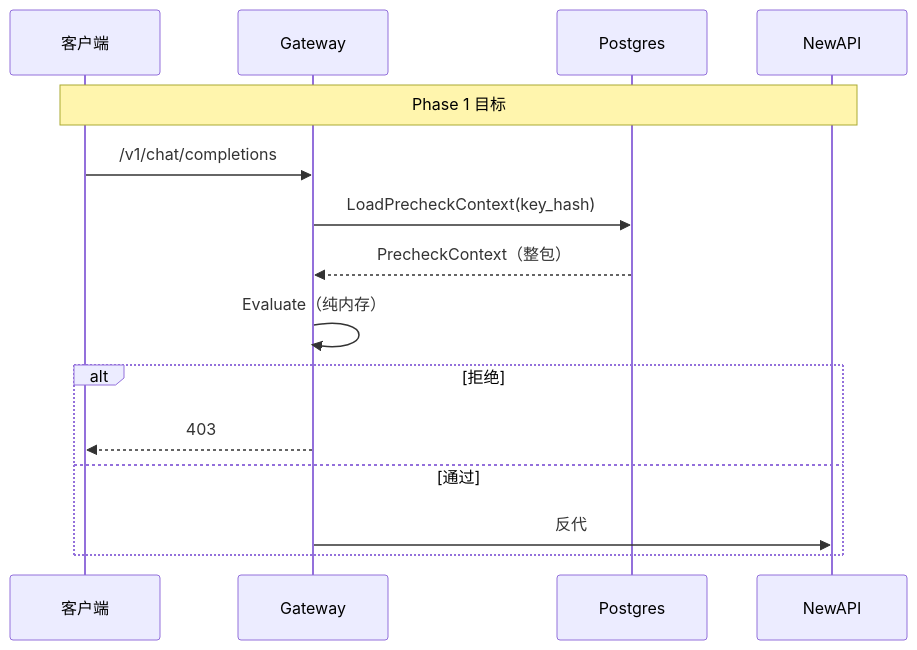
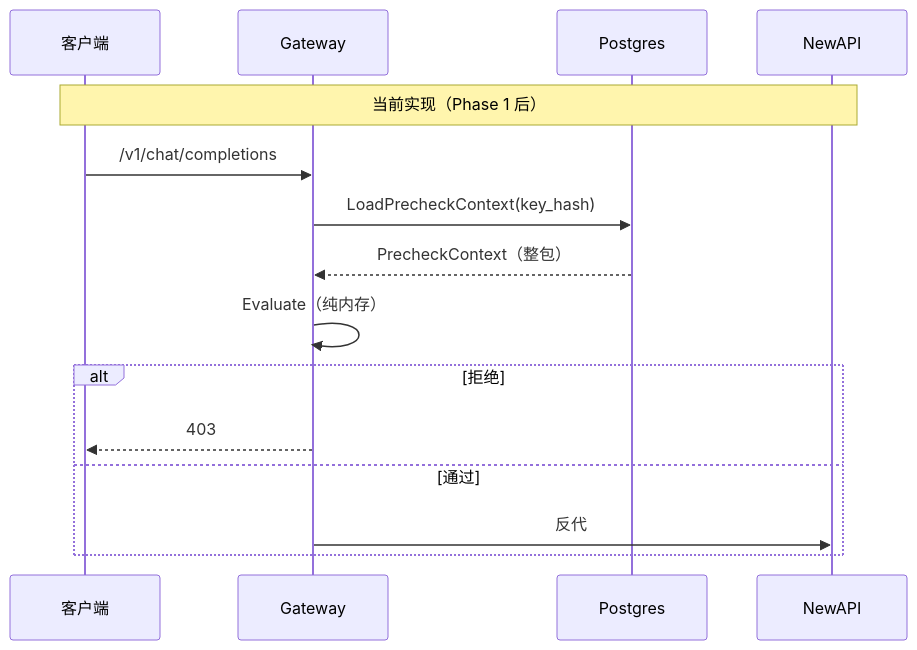
The third of 8 diagrams in docs/架构简化-分阶段详解.md (quyip8818/mytokenjoy), drawn with Mermaid before and after one commit. The commit also changed other lines of this file and 40 other files, not shown here.

````diff
--- a/docs/架构简化-分阶段详解.md
+++ b/docs/架构简化-分阶段详解.md
@@ -100,18 +103,18 @@
 ```mermaid
 sequenceDiagram
   participant C as 客户端
   participant GW as Gateway
   participant PG as Postgres
   participant NA as NewAPI
 
-  Note over C,NA: Phase 1 目标
+  Note over C,NA: 当前实现（Phase 1 后）
   C->>GW: /v1/chat/completions
   GW->>PG: LoadPrecheckContext(key_hash)
   PG-->>GW: PrecheckContext（整包）
   GW->>GW: Evaluate（纯内存）
   alt 拒绝
     GW-->>C: 403
   else 通过
     GW->>NA: 反代
   end
 ```
````
